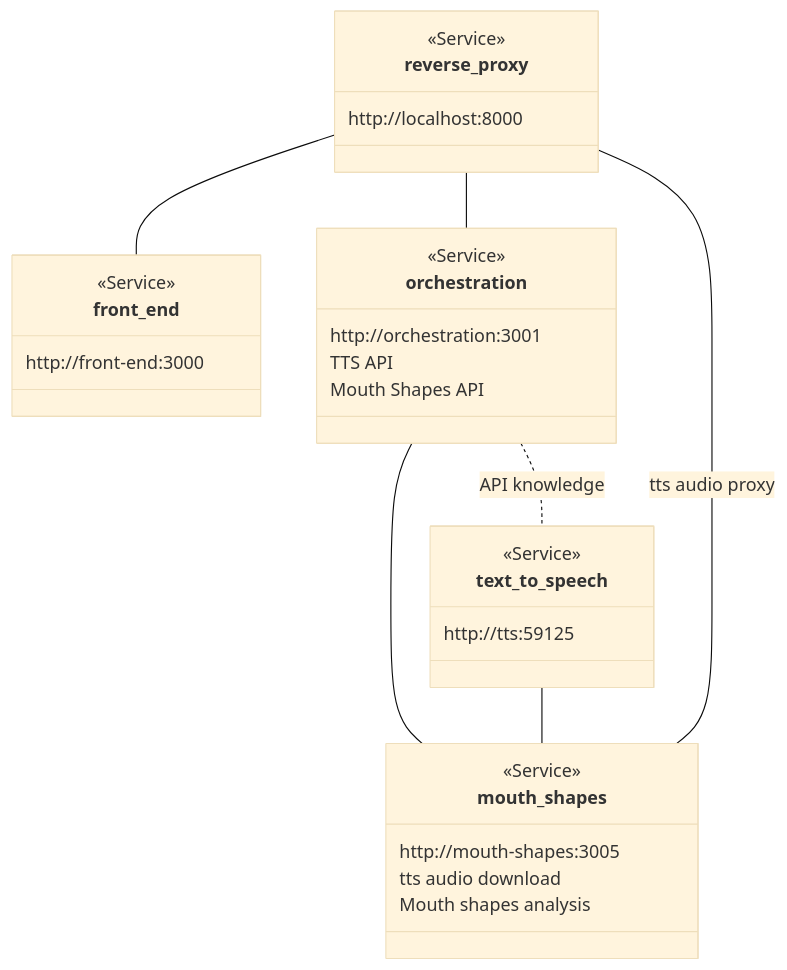
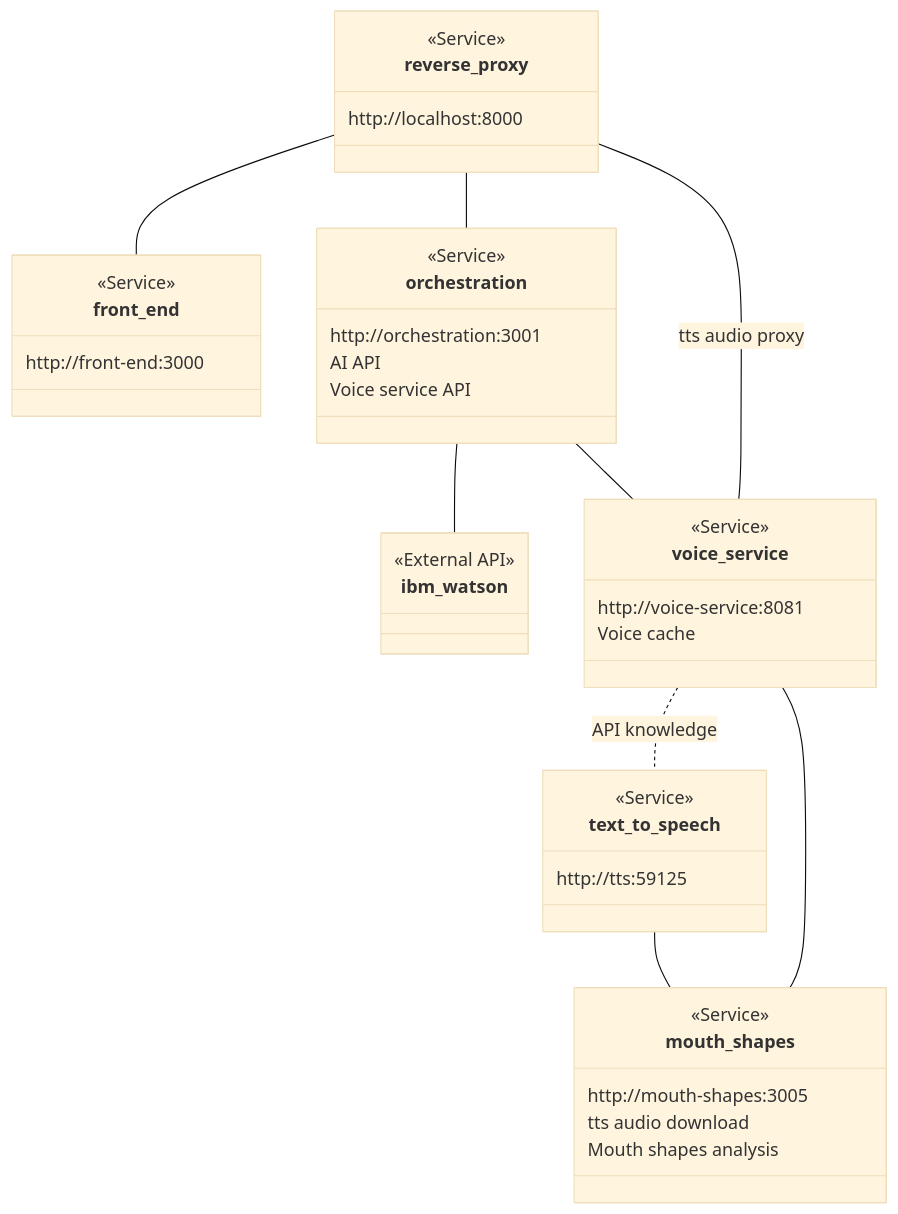
One commit to nzcodarnoc/korerorero-reverse-proxy changed the diagram in docs/services.mmd. Above: the diagram before and after it, drawn with Mermaid (base theme). The commit also changed 1 other file, not shown here.

Commit message:
Update docs with planned voice_service

```diff
--- a/docs/services.mmd
+++ b/docs/services.mmd
@@ -1,31 +1,41 @@
 classDiagram
     class reverse_proxy {
         <<Service>> 
         http://localhost:8000
     }
     class front_end {
         <<Service>>
         http://front-end:3000 
     }
     class orchestration {
         <<Service>>
         http://orchestration:3001
-        TTS API
-        Mouth Shapes API
+        AI API
+        Voice service API
+    }
+    class ibm_watson {
+        <<External API>>
+    }
+    class voice_service {
+        <<Service>>
+        http://voice-service:8081
+        Voice cache
     }
     class mouth_shapes {
         <<Service>>
         http://mouth-shapes:3005
         tts audio download
         Mouth shapes analysis
     }
     class text_to_speech {
         <<Service>>
         http://tts:59125
     }
     reverse_proxy -- front_end
     reverse_proxy -- orchestration
-    orchestration -- mouth_shapes
-    orchestration .. text_to_speech: API knowledge
+    orchestration -- ibm_watson
+    orchestration -- voice_service
+    voice_service .. text_to_speech: API knowledge
     text_to_speech -- mouth_shapes
-    mouth_shapes -- reverse_proxy: tts audio proxy
+    voice_service -- mouth_shapes
+    voice_service -- reverse_proxy: tts audio proxy
```
